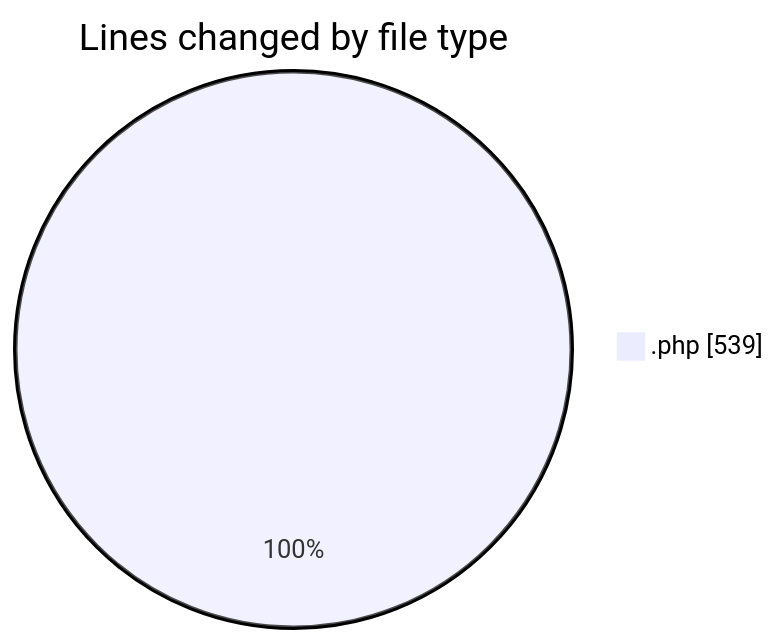
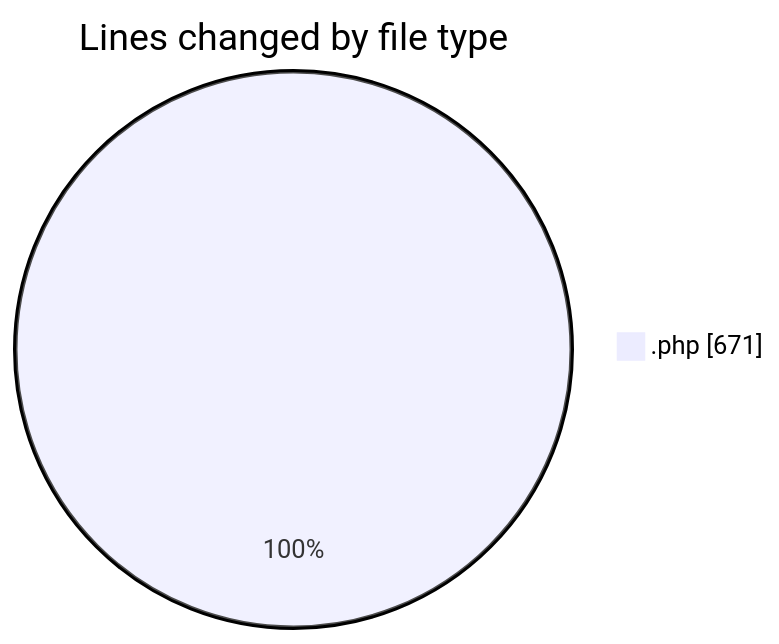
The first of 2 diagrams in 2026-06-17/oficina/README.md (LanceThiago/code-tracking), drawn with Mermaid before and after one commit. The commit also changed other lines of this file and 1 other file, not shown here.

````diff
--- a/2026-06-17/oficina/README.md
+++ b/2026-06-17/oficina/README.md
@@ -21,5 +21,5 @@
 ```mermaid
 pie showData
 title Lines changed by file type
-".php" : 539
+".php" : 671
 ```
````
